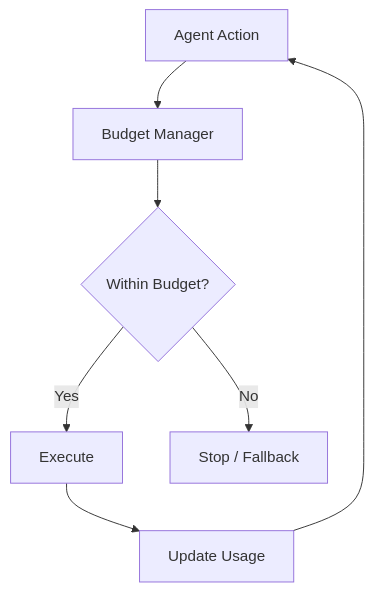
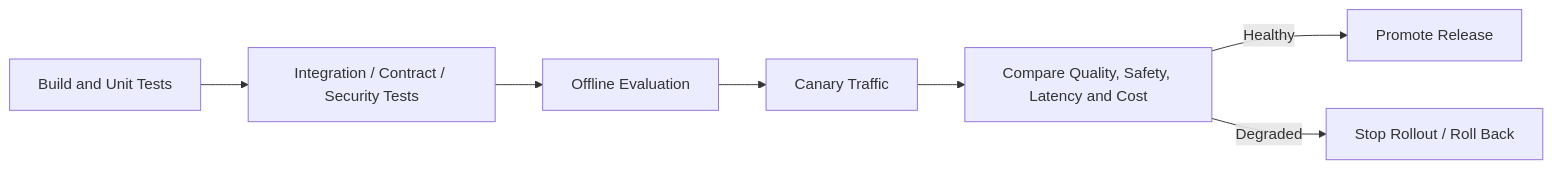
One commit to MihirKJha/enterprise-ai-engineering-handbook changed the fourth of 4 diagrams in docs/08-ai-engineering-frameworks/langgraph/25-langgraph-production-patterns.md. Above: the diagram before and after it, drawn with Mermaid. The commit also changed other lines of this file and 10 other files, not shown here.

````diff
--- a/docs/08-ai-engineering-frameworks/langgraph/25-langgraph-production-patterns.md
+++ b/docs/08-ai-engineering-frameworks/langgraph/25-langgraph-production-patterns.md
@@ -883,15 +220,9 @@
 ```mermaid
-flowchart TD
-
-    A[Agent Action] --> B[Budget Manager]
-
-    B --> C{Within Budget?}
-
-    C -->|Yes| D[Execute]
-
-    C -->|No| E[Stop / Fallback]
-
-    D --> F[Update Usage]
-
-    F --> A
+flowchart LR
+    DEV[Build and Unit Tests] --> CI[Integration / Contract / Security Tests]
+    CI --> EVAL[Offline Evaluation]
+    EVAL --> CANARY[Canary Traffic]
+    CANARY --> MON[Compare Quality, Safety, Latency and Cost]
+    MON -->|Healthy| PROMOTE[Promote Release]
+    MON -->|Degraded| ROLLBACK[Stop Rollout / Roll Back]
 ```
````
